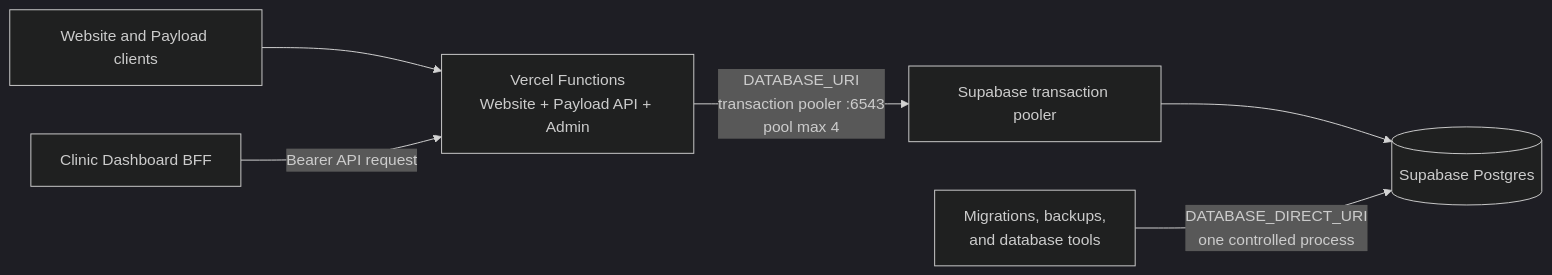
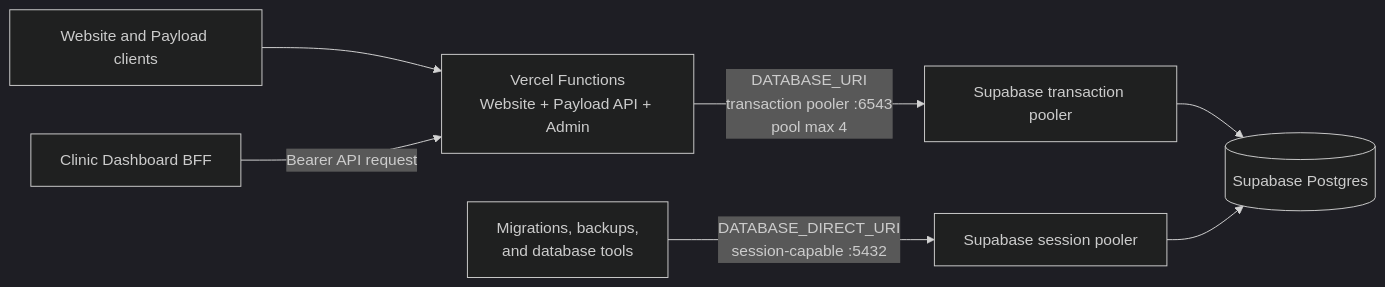
Before and after one commit to findmydoc-platform/website: the diagram in docs/engineering/database-runtime-connections.md, drawn with Mermaid (dark theme). The commit also changed other lines of this file and 6 other files, not shown here.

````diff
--- a/docs/engineering/database-runtime-connections.md
+++ b/docs/engineering/database-runtime-connections.md
@@ -8,8 +8,9 @@
 ```mermaid
 flowchart LR
     Browser["Website and Payload clients"] --> Runtime["Vercel Functions<br/>Website + Payload API + Admin"]
     Dashboard["Clinic Dashboard BFF"] -->|"Bearer API request"| Runtime
     Runtime -->|"DATABASE_URI<br/>transaction pooler :6543<br/>pool max 4"| Pooler["Supabase transaction pooler"]
     Pooler --> Database[("Supabase Postgres")]
-    Operations["Migrations, backups,<br/>and database tools"] -->|"DATABASE_DIRECT_URI<br/>one controlled process"| Database
+    Operations["Migrations, backups,<br/>and database tools"] -->|"DATABASE_DIRECT_URI<br/>session-capable :5432"| SessionPooler["Supabase session pooler"]
+    SessionPooler --> Database
 ```
````
